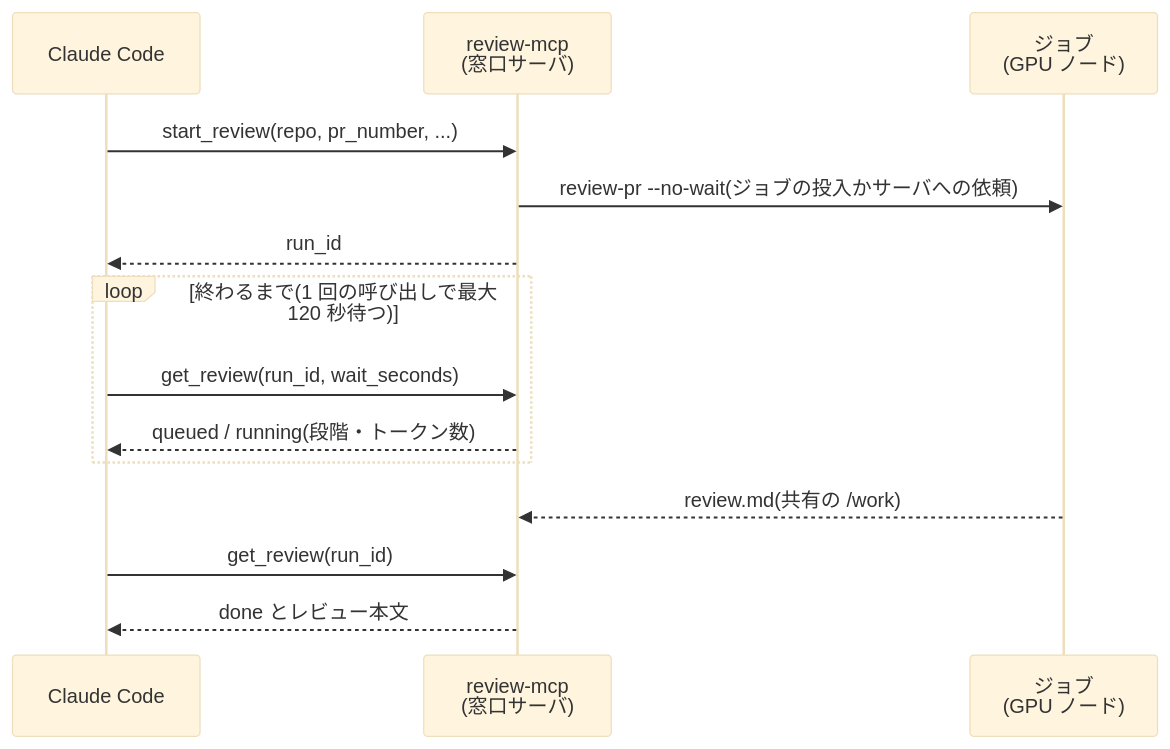
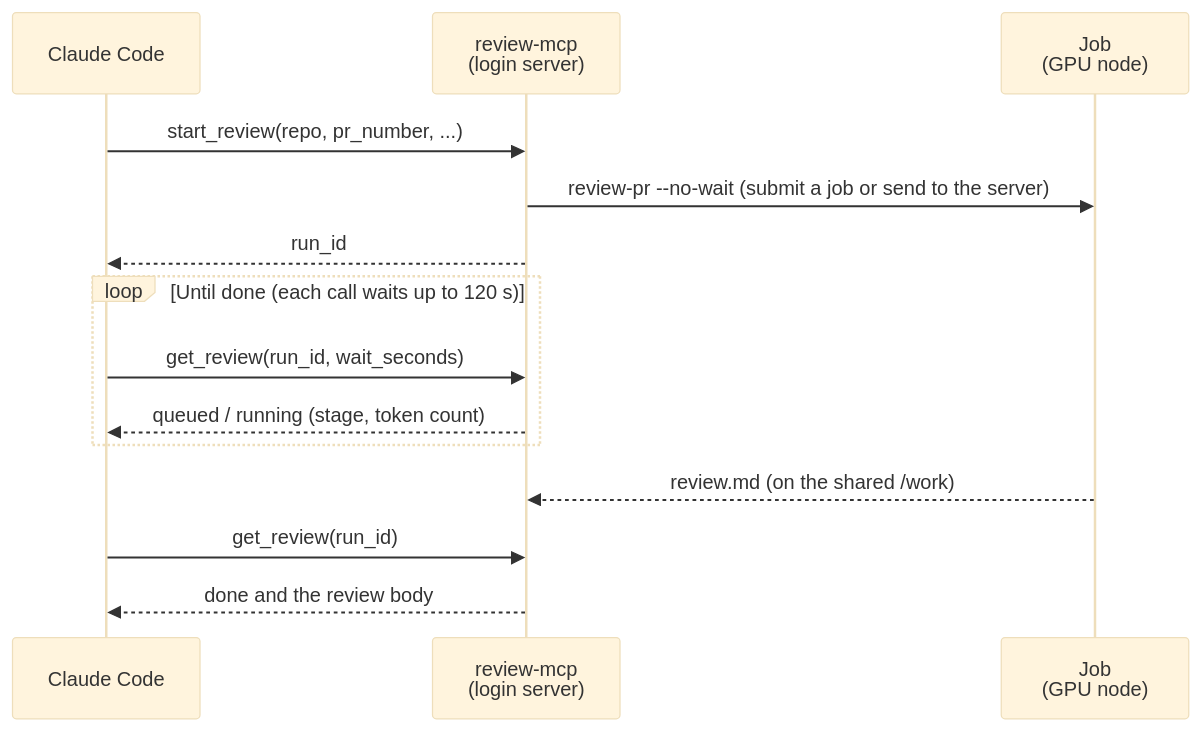
One commit to dodolia907/mikawa-pbl-localllm-review changed the third of 3 diagrams in README.md. Above: the diagram before and after it, drawn with Mermaid (base theme). The commit also changed other lines of this file, not shown here.

````diff
--- a/README.md
+++ b/README.md
@@ -309,16 +309,16 @@
 ```mermaid
 sequenceDiagram
   participant CC as Claude Code
-  participant M as review-mcp<br/>(窓口サーバ)
-  participant J as ジョブ<br/>(GPU ノード)
+  participant M as review-mcp<br/>(login server)
+  participant J as Job<br/>(GPU node)
   CC->>M: start_review(repo, pr_number, ...)
-  M->>J: review-pr --no-wait(ジョブの投入かサーバへの依頼)
+  M->>J: review-pr --no-wait (submit a job or send to the server)
   M-->>CC: run_id
-  loop 終わるまで(1 回の呼び出しで最大 120 秒待つ)
+  loop Until done (each call waits up to 120 s)
     CC->>M: get_review(run_id, wait_seconds)
-    M-->>CC: queued / running(段階・トークン数)
+    M-->>CC: queued / running (stage, token count)
   end
-  J-->>M: review.md(共有の /work)
+  J-->>M: review.md (on the shared /work)
   CC->>M: get_review(run_id)
-  M-->>CC: done とレビュー本文
+  M-->>CC: done and the review body
 ```
````
